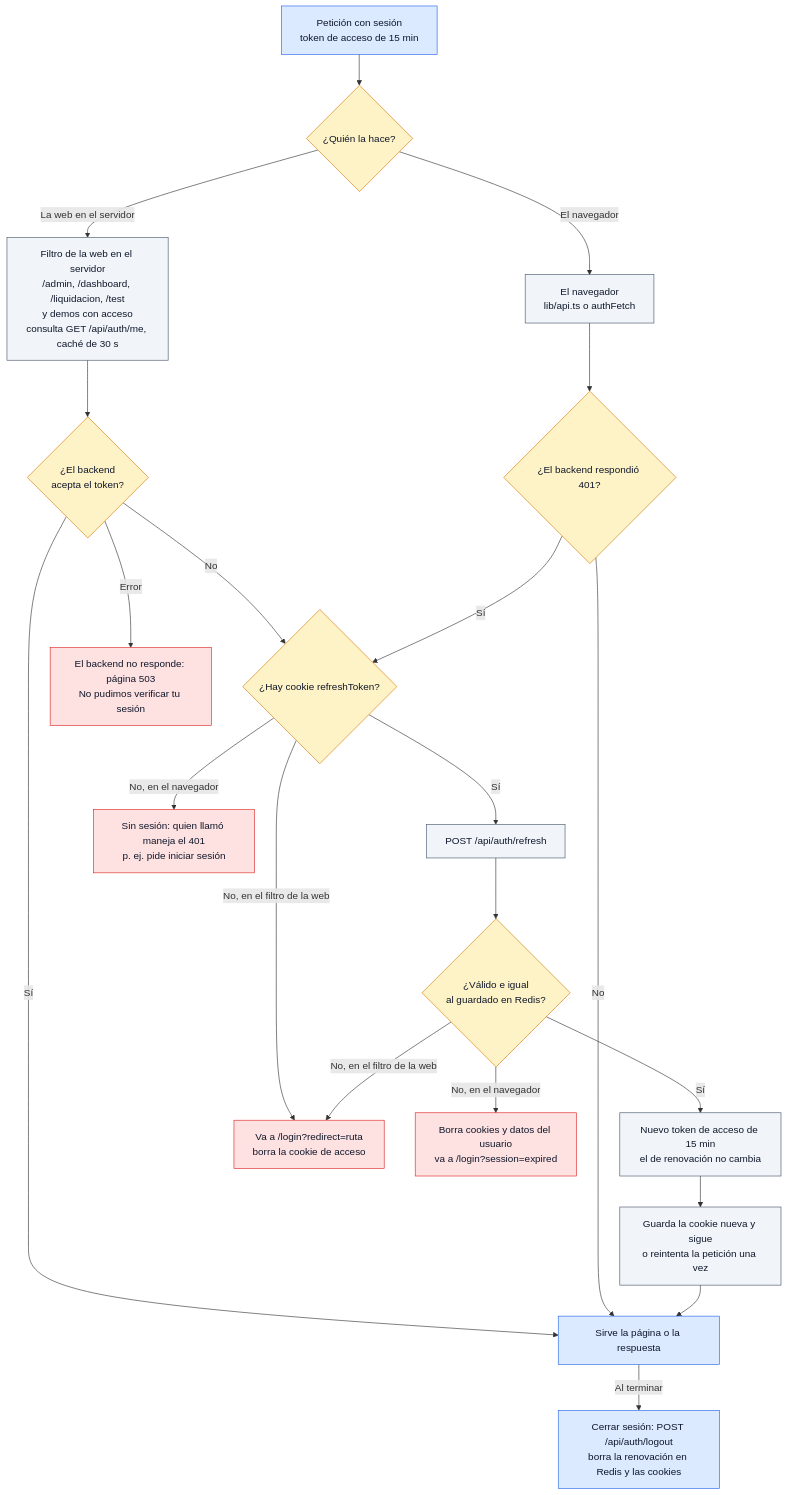
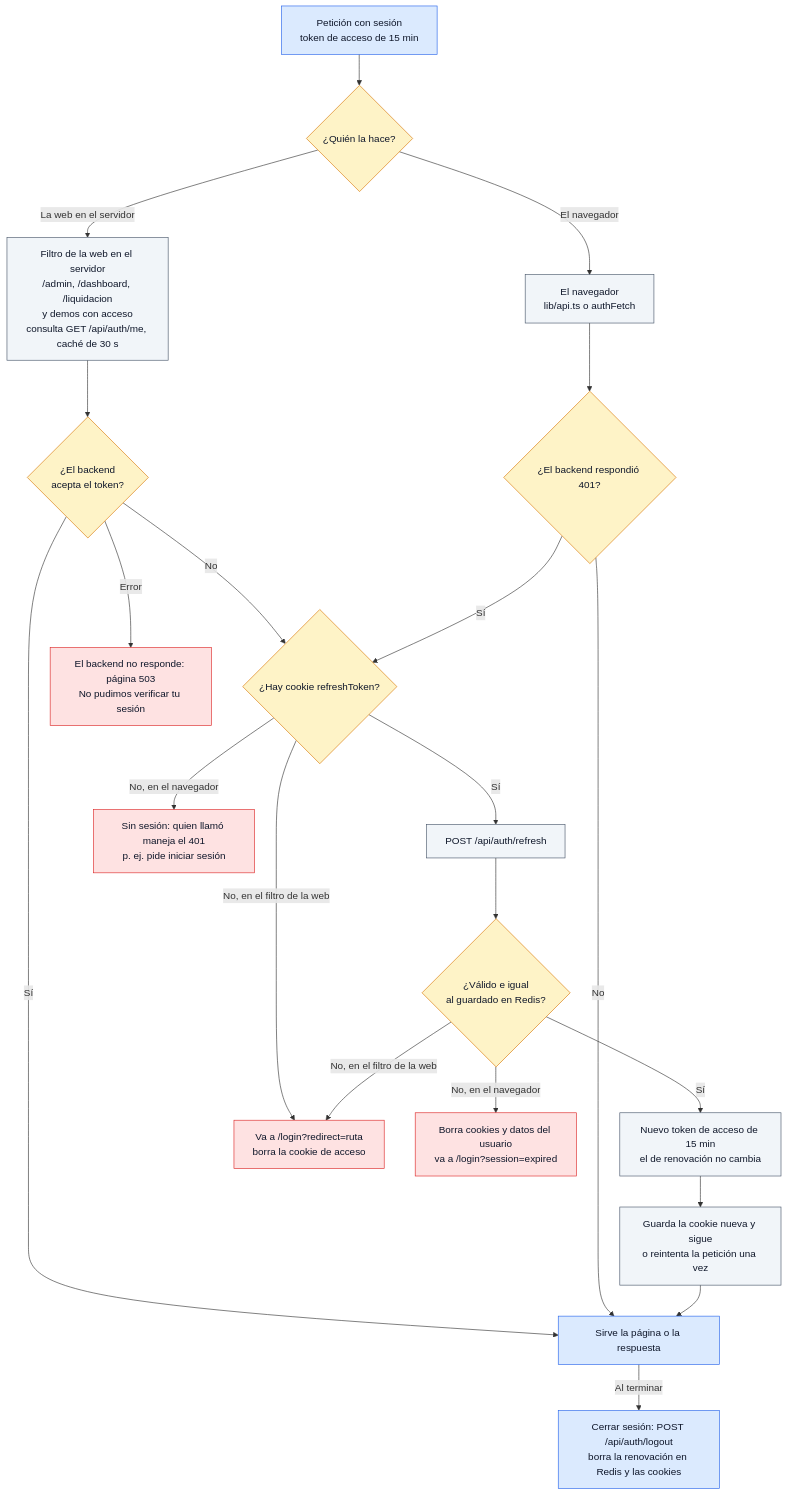
The eighth of 18 diagrams in docs/wiki/Doc-14-1-Flujos-de-Negocio.md (ronalc90/koptup), drawn with Mermaid before and after one commit. The commit also changed other lines of this file and 116 other files, not shown here.

````diff
--- a/docs/wiki/Doc-14-1-Flujos-de-Negocio.md
+++ b/docs/wiki/Doc-14-1-Flujos-de-Negocio.md
@@ -470,44 +470,44 @@
 ```mermaid
 flowchart TD
     classDef visitante fill:#dbeafe,stroke:#2563eb,color:#0f172a
     classDef sistema fill:#f1f5f9,stroke:#475569,color:#0f172a
     classDef admin fill:#f3e8ff,stroke:#9333ea,color:#0f172a
     classDef aviso fill:#dcfce7,stroke:#16a34a,color:#0f172a
     classDef decision fill:#fef3c7,stroke:#d97706,color:#0f172a
     classDef error fill:#fee2e2,stroke:#dc2626,color:#0f172a
     classDef externo fill:#fdf4ff,stroke:#c026d3,color:#0f172a
 
     R0["Petición con sesión<br/>token de acceso de 15 min"]:::visitante
     W{"¿Quién la hace?"}:::decision
-    MW["Filtro de la web en el servidor<br/>/admin, /dashboard, /liquidacion, /test<br/>y demos con acceso<br/>consulta GET /api/auth/me, caché de 30 s"]:::sistema
+    MW["Filtro de la web en el servidor<br/>/admin, /dashboard, /liquidacion<br/>y demos con acceso<br/>consulta GET /api/auth/me, caché de 30 s"]:::sistema
     ME{"¿El backend<br/>acepta el token?"}:::decision
     BR["El navegador<br/>lib/api.ts o authFetch"]:::sistema
     B401{"¿El backend respondió 401?"}:::decision
     HR{"¿Hay cookie refreshToken?"}:::decision
     RF["POST /api/auth/refresh"]:::sistema
     RQ{"¿Válido e igual<br/>al guardado en Redis?"}:::decision
     NT["Nuevo token de acceso de 15 min<br/>el de renovación no cambia"]:::sistema
     SET["Guarda la cookie nueva y sigue<br/>o reintenta la petición una vez"]:::sistema
     LG["Va a /login?redirect=ruta<br/>borra la cookie de acceso"]:::error
     LS["Borra cookies y datos del usuario<br/>va a /login?session=expired"]:::error
     NS["Sin sesión: quien llamó maneja el 401<br/>p. ej. pide iniciar sesión"]:::error
     DOWN["El backend no responde: página 503<br/>No pudimos verificar tu sesión"]:::error
     OK["Sirve la página o la respuesta"]:::visitante
     OUT["Cerrar sesión: POST /api/auth/logout<br/>borra la renovación en Redis y las cookies"]:::visitante
 
     R0 --> W
     W -->|La web en el servidor| MW --> ME
     W -->|El navegador| BR --> B401
     ME -->|Sí| OK
     ME -->|Error| DOWN
     ME -->|No| HR
     B401 -->|No| OK
     B401 -->|Sí| HR
     HR -->|Sí| RF --> RQ
     HR -->|No, en el filtro de la web| LG
     HR -->|No, en el navegador| NS
     RQ -->|Sí| NT --> SET --> OK
     RQ -->|No, en el filtro de la web| LG
     RQ -->|No, en el navegador| LS
     OK -->|Al terminar| OUT
 ```
````
